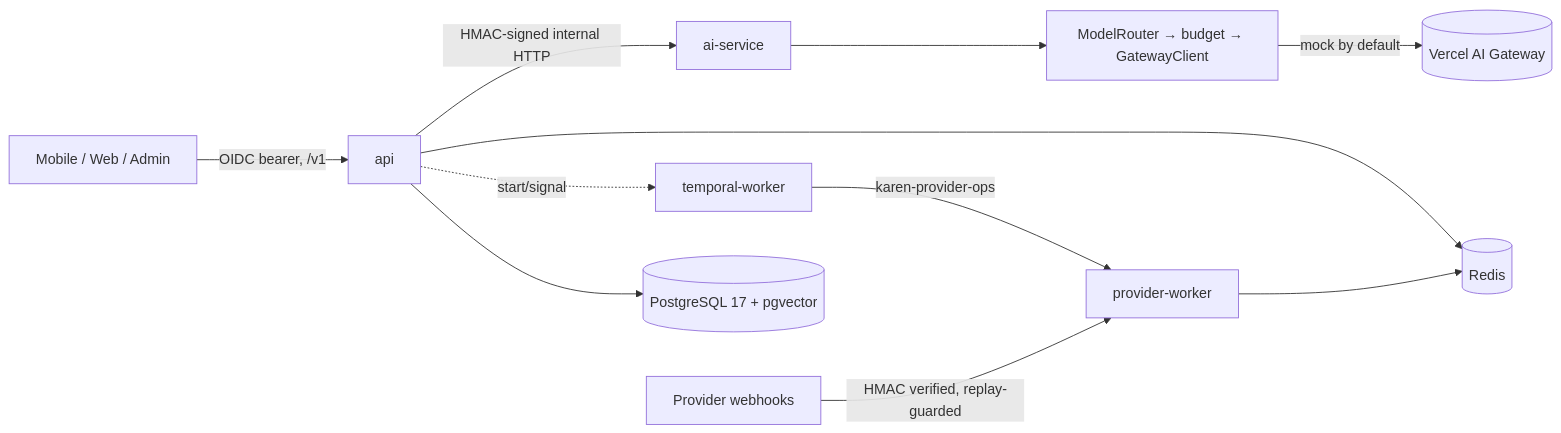
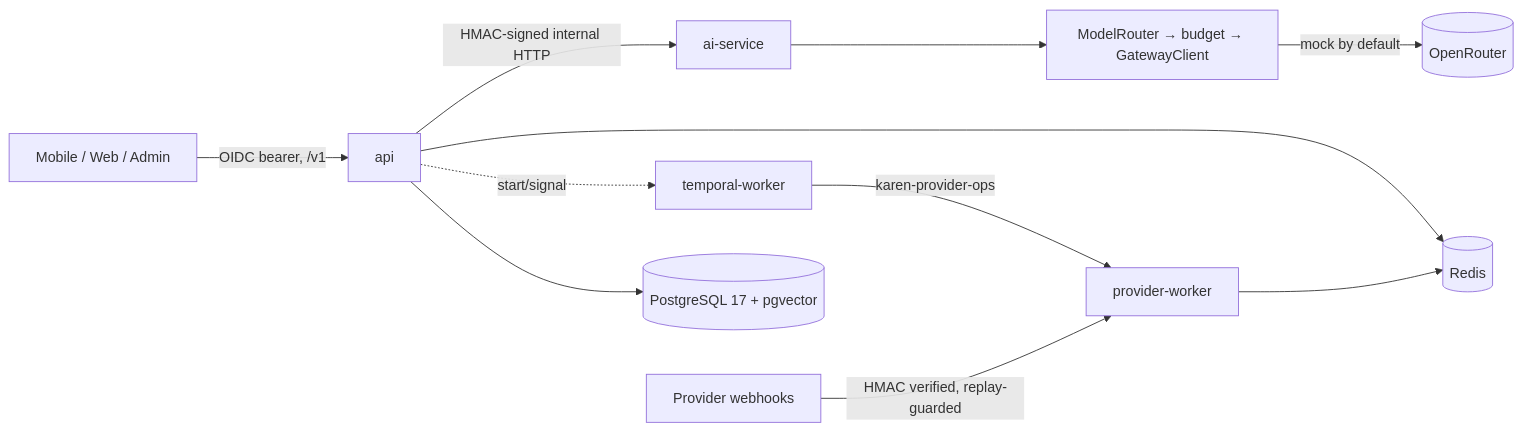
Before and after one commit to arvindydv/KAREN: the diagram in docs/architecture/architecture-summary.md, drawn with Mermaid. The commit also changed other lines of this file and 373 other files, not shown here.

First line of the commit message:
feat(phase-02): conversations, streaming chat, OpenRouter gateway and voice (snapshot)

````diff
--- a/docs/architecture/architecture-summary.md
+++ b/docs/architecture/architecture-summary.md
@@ -28,13 +28,13 @@
 ```mermaid
 flowchart LR
   C[Mobile / Web / Admin] -->|OIDC bearer, /v1| API[api]
   API -->|HMAC-signed internal HTTP| AI[ai-service]
   AI --> R[ModelRouter → budget → GatewayClient]
-  R -->|mock by default| GW[(Vercel AI Gateway)]
+  R -->|mock by default| GW[(OpenRouter)]
   API -. start/signal .-> T[temporal-worker]
   T -->|karen-provider-ops| P[provider-worker]
   EXT[Provider webhooks] -->|HMAC verified, replay-guarded| P
   API --> PG[(PostgreSQL 17 + pgvector)]
   API --> RD[(Redis)]
   P --> RD
 ```
````
